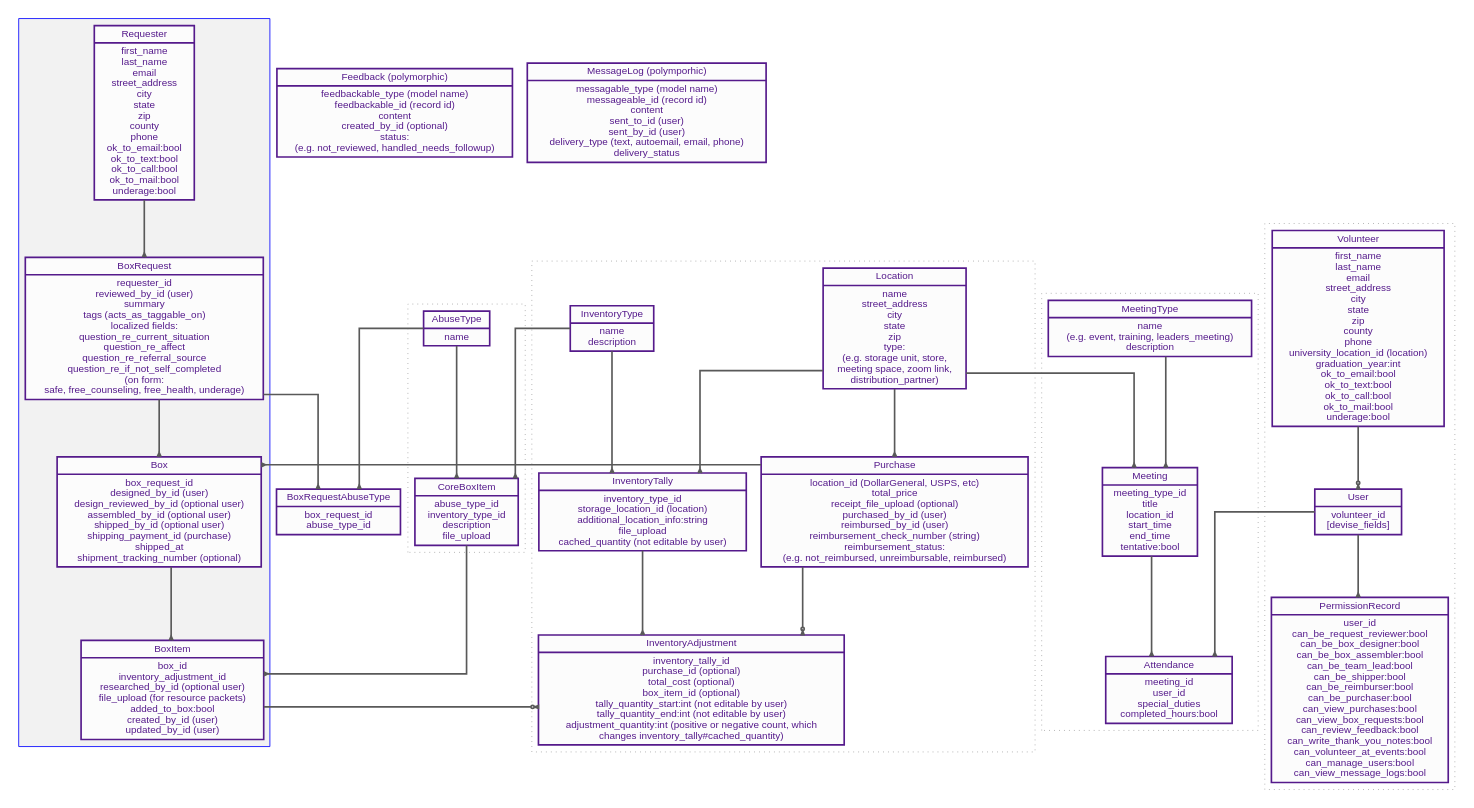
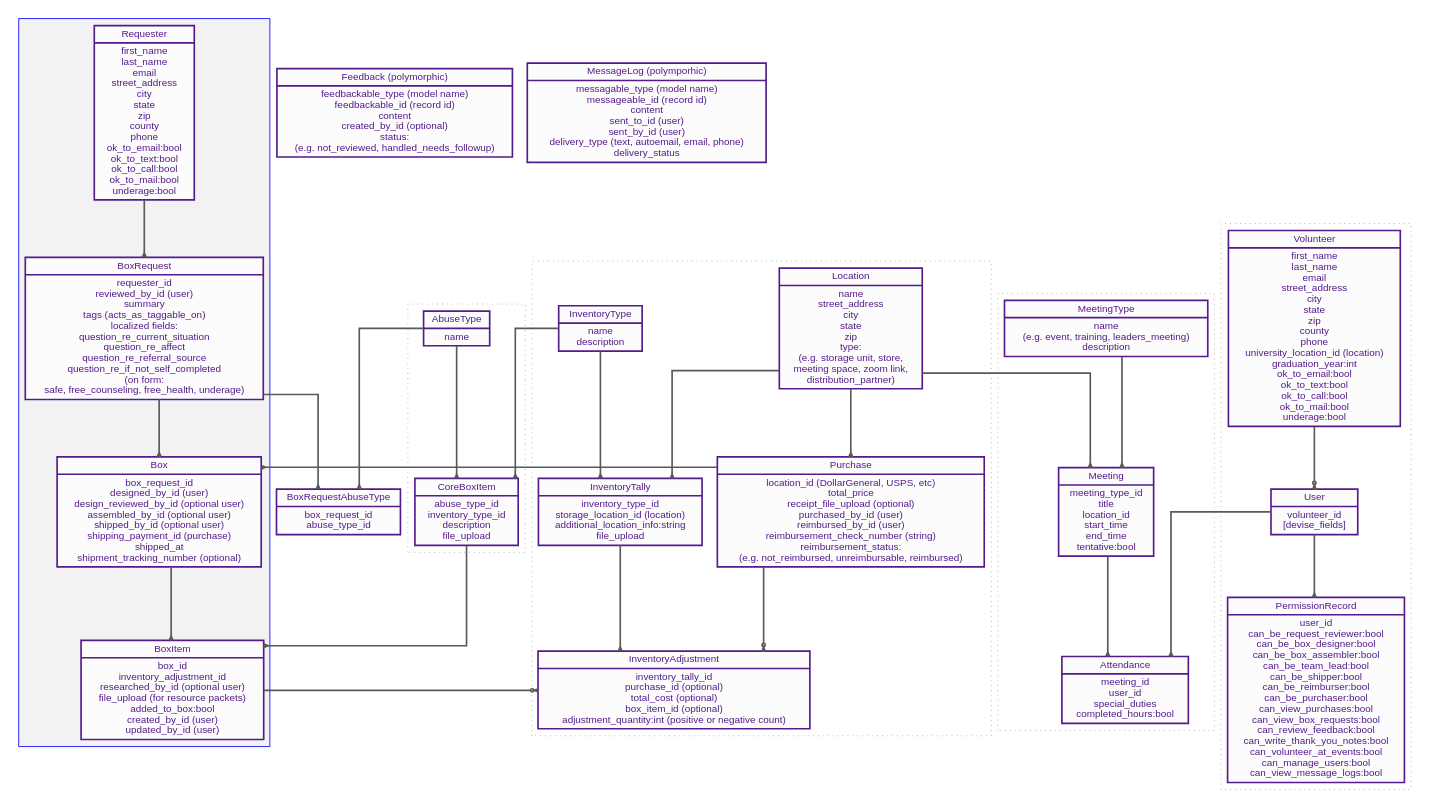
Before and after one commit to rubyforgood/voices-of-consent: the diagram in notes/database-diagram.dot, drawn with Graphviz. The commit also changed 23 other files, not shown here.

```diff
--- a/notes/database-diagram.dot
+++ b/notes/database-diagram.dot
@@ -206,7 +206,6 @@
                     storage_location_id (location)\n
                     additional_location_info:string\n
                     file_upload\n
-                    cached_quantity (not editable by user)\n
                     }"]
     InventoryAdjustment [
                 shape=record;
@@ -215,9 +214,7 @@
                     purchase_id (optional)\n
                     total_cost (optional)\n
                     box_item_id (optional)\n
-                    tally_quantity_start:int (not editable by user)\n
-                    tally_quantity_end:int (not editable by user)\n
-                    adjustment_quantity:int (positive or negative count, which \nchanges inventory_tally#cached_quantity)\n
+                    adjustment_quantity:int (positive or negative count)\n
 
                     }"]
     User [
```
